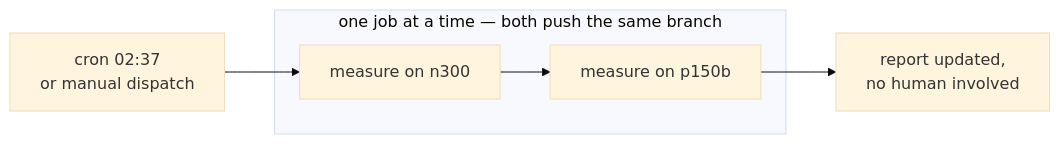
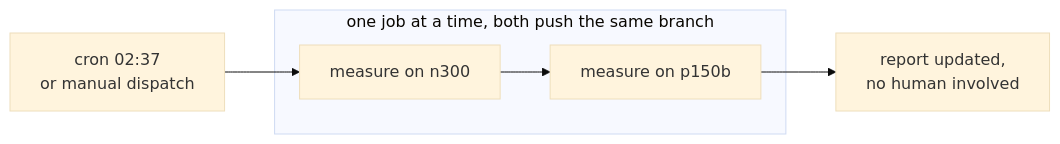
One commit to tenstorrent/tt-eltwise-accuracy-report changed the second of 4 diagrams in .github/workflows/README.md. Above: the diagram before and after it, drawn with Mermaid (base theme). The commit also changed other lines of this file and 6 other files, not shown here.

````diff
--- a/.github/workflows/README.md
+++ b/.github/workflows/README.md
@@ -42,8 +76,8 @@
 ```mermaid
 flowchart LR
     CRON["cron 02:37<br/>or manual dispatch"] --> WH
-    subgraph serial["one job at a time — both push the same branch"]
+    subgraph serial["one job at a time, both push the same branch"]
         WH["measure on n300"] --> BH["measure on p150b"]
     end
     BH --> DONE["report updated,<br/>no human involved"]
 ```
````
